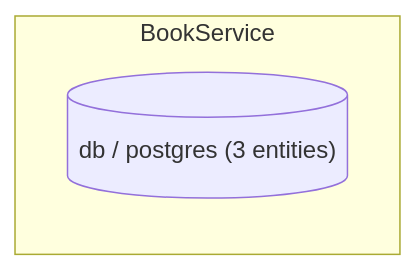
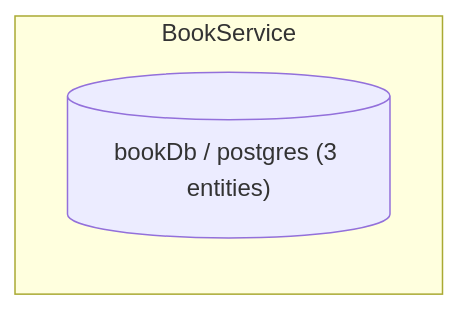
The diagram in examples/01-tutorial/06-validation/docs/diagrams/infrastructure.md (keturk/datrix), drawn with Mermaid before and after one commit. The commit also changed 158 other files, not shown here.

First line of the commit message:
Examples: name RDBMS blocks and align diagrams/docs with multi-datasource style

````diff
--- a/examples/01-tutorial/06-validation/docs/diagrams/infrastructure.md
+++ b/examples/01-tutorial/06-validation/docs/diagrams/infrastructure.md
@@ -3,6 +3,6 @@
 ```mermaid
 graph LR
     subgraph "BookService"
-    book_service_rdbms_db[("db / postgres (3 entities)")]
+    book_service_rdbms_book_db[("bookDb / postgres (3 entities)")]
     end
 ```
````
